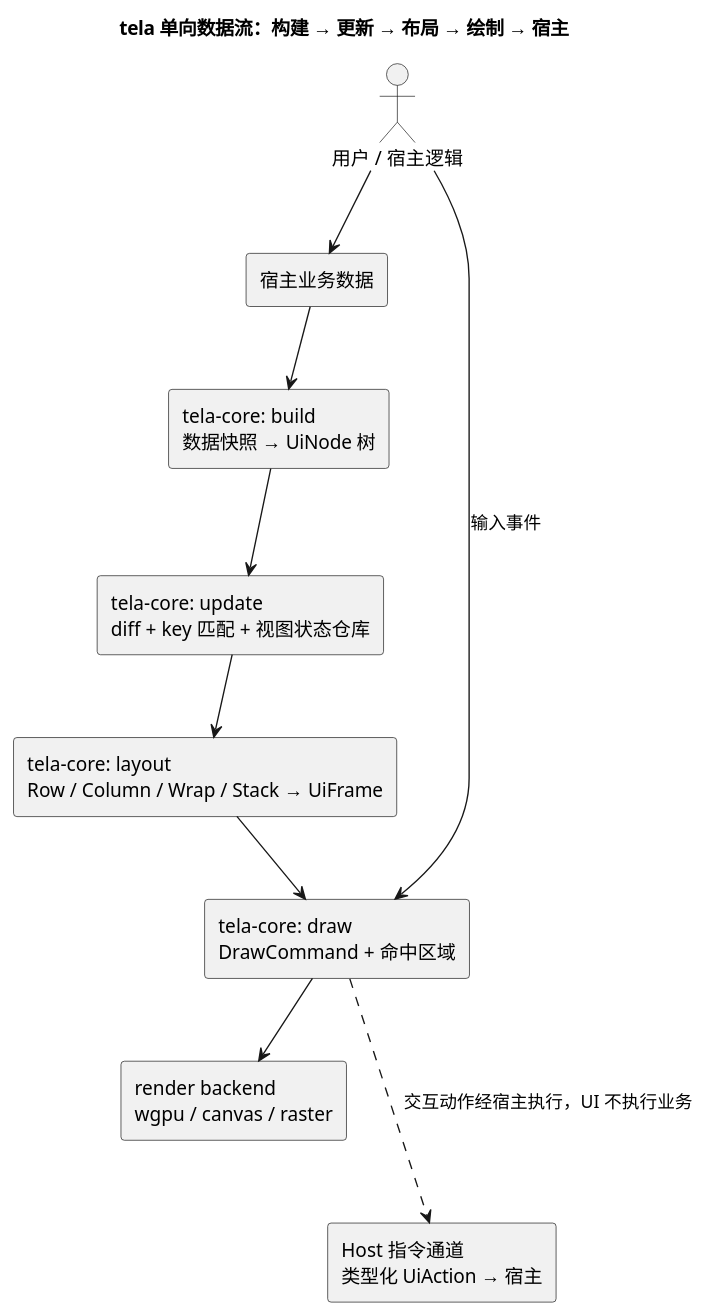
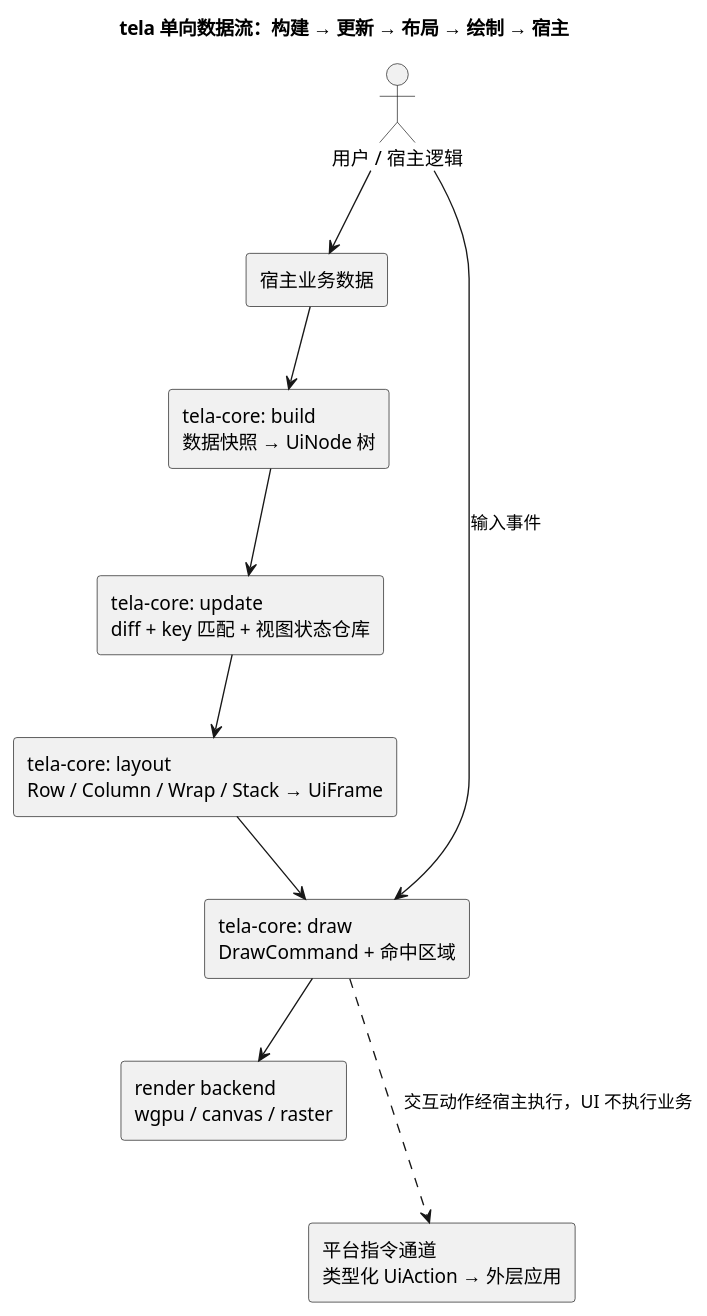
Before and after one commit to nyml2003/tela: the diagram in docs/002-架构总览与分层.md, drawn with PlantUML. The commit also changed other lines of this file and 49 other files, not shown here.

````diff
--- a/docs/002-架构总览与分层.md
+++ b/docs/002-架构总览与分层.md
@@ -73,25 +74,25 @@
 ```plantuml
 @startuml
 title tela 单向数据流：构建 → 更新 → 布局 → 绘制 → 宿主
 skinparam componentStyle rectangle
 skinparam shadowing false
 
 actor "用户 / 宿主逻辑" as user
 component "宿主业务数据" as data
 component "tela-core: build\n数据快照 → UiNode 树" as build
 component "tela-core: update\ndiff + key 匹配 + 视图状态仓库" as update
 component "tela-core: layout\nRow / Column / Wrap / Stack → UiFrame" as layout
 component "tela-core: draw\nDrawCommand + 命中区域" as draw
 component "render backend\nwgpu / canvas / raster" as render
-component "Host 指令通道\n类型化 UiAction → 宿主" as act
+component "平台指令通道\n类型化 UiAction → 外层应用" as act
 
 user --> data
 data --> build
 build --> update
 update --> layout
 layout --> draw
 draw --> render
 draw -.-> act : 交互动作经宿主执行，UI 不执行业务
 user --> draw : 输入事件
 @enduml
 ```
````
